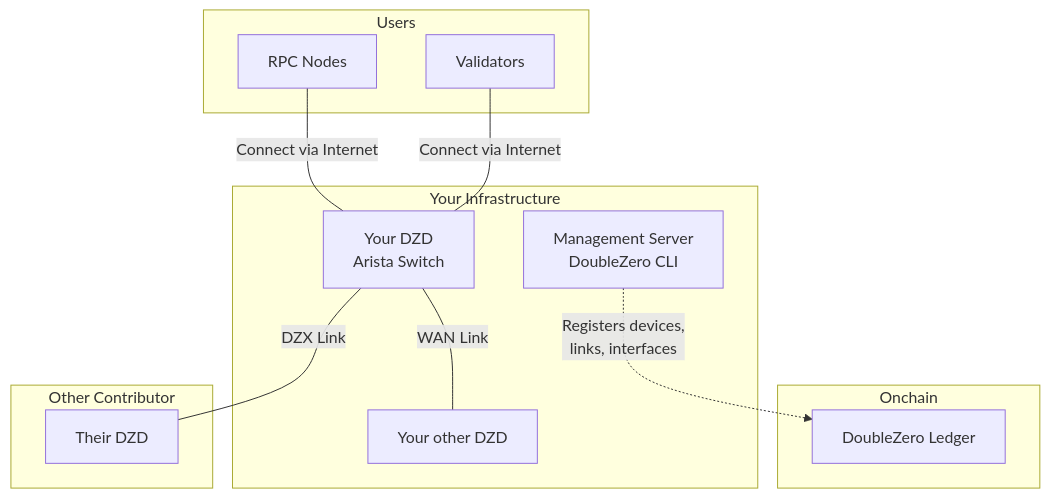
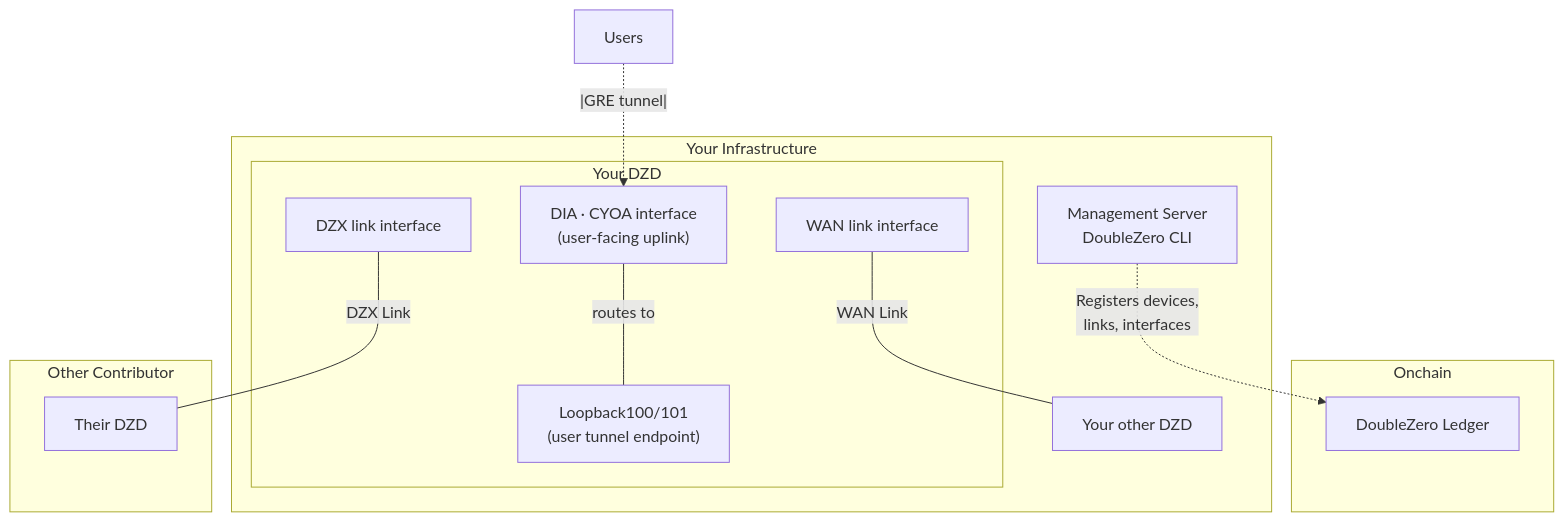
One commit to malbeclabs/docs changed the first of 13 diagrams in docs/contribute-provisioning.md. Above: the diagram before and after it, drawn with Mermaid. The commit also changed other lines of this file, not shown here.

First line of the commit message:
Update Step 3.5 with full CYOA interface registration guide (#157)

````diff
--- a/docs/contribute-provisioning.md
+++ b/docs/contribute-provisioning.md
@@ -11,26 +46,29 @@
 ```mermaid
 flowchart TB
     subgraph Onchain
         SC[DoubleZero Ledger]
     end
 
     subgraph Your Infrastructure
         MGMT[Management Server<br/>DoubleZero CLI]
-        DZD[Your DZD<br/>Arista Switch]
-        DZD ---|WAN Link| DZD2[Your other DZD]
+        subgraph DZD[Your DZD]
+            CYOA["DIA · CYOA interface<br/>(user-facing uplink)"]
+            WAN_INTF["WAN link interface"]
+            DZX_INTF["DZX link interface"]
+            LO100["Loopback100/101<br/>(user tunnel endpoint)"]
+        end
+        DZD2[Your other DZD]
     end
 
     subgraph Other Contributor
         OtherDZD[Their DZD]
     end
 
-    subgraph Users
-        VAL[Validators]
-        RPC[RPC Nodes]
-    end
+    USERS["Users"]
 
     MGMT -.->|Registers devices,<br/>links, interfaces| SC
-    DZD ---|DZX Link| OtherDZD
-    VAL ---|Connect via Internet| DZD
-    RPC ---|Connect via Internet| DZD
+    WAN_INTF ---|WAN Link| DZD2
+    DZX_INTF ---|DZX Link| OtherDZD
+    USERS -.|GRE tunnel|.-> CYOA
+    CYOA ---|routes to| LO100
 ```
````
